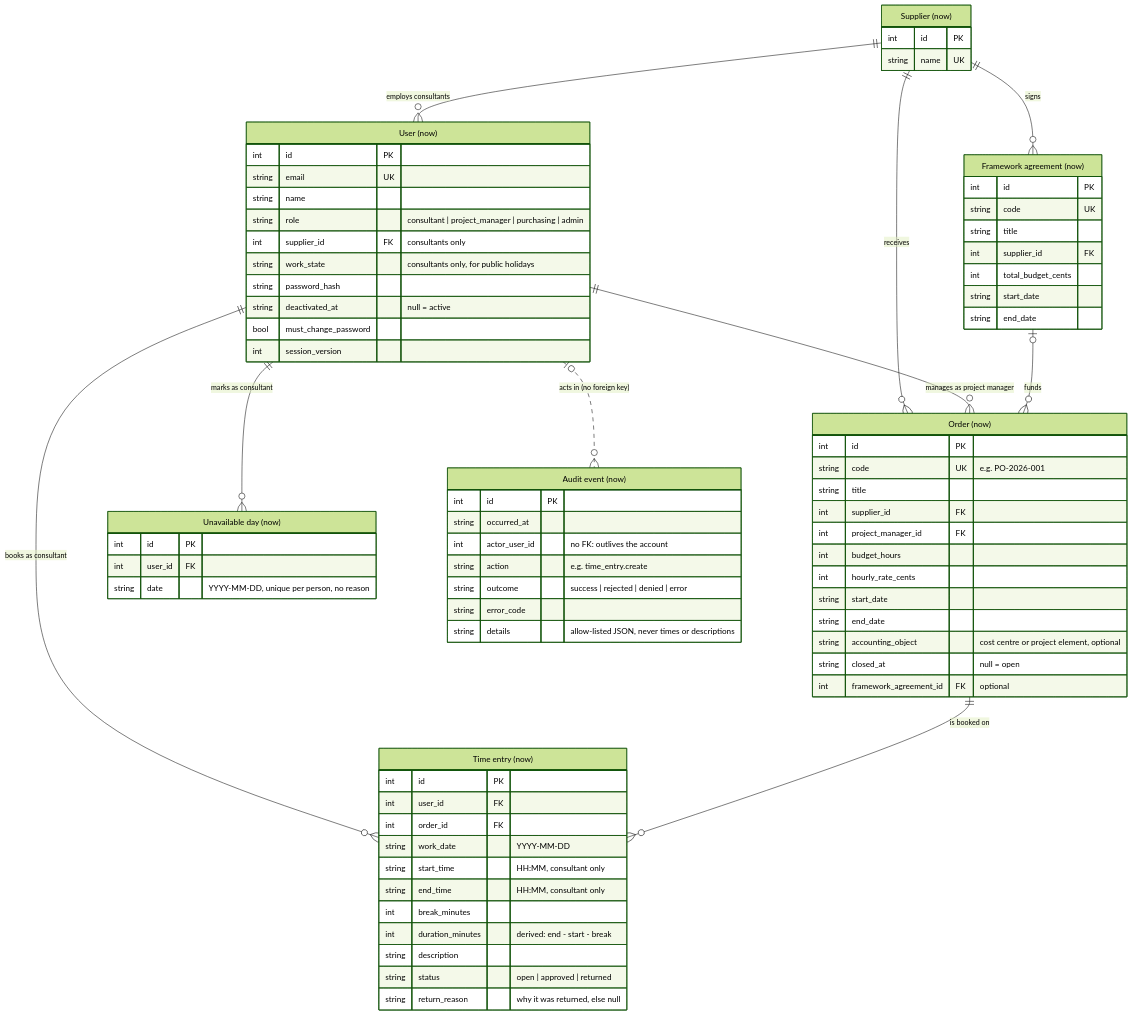
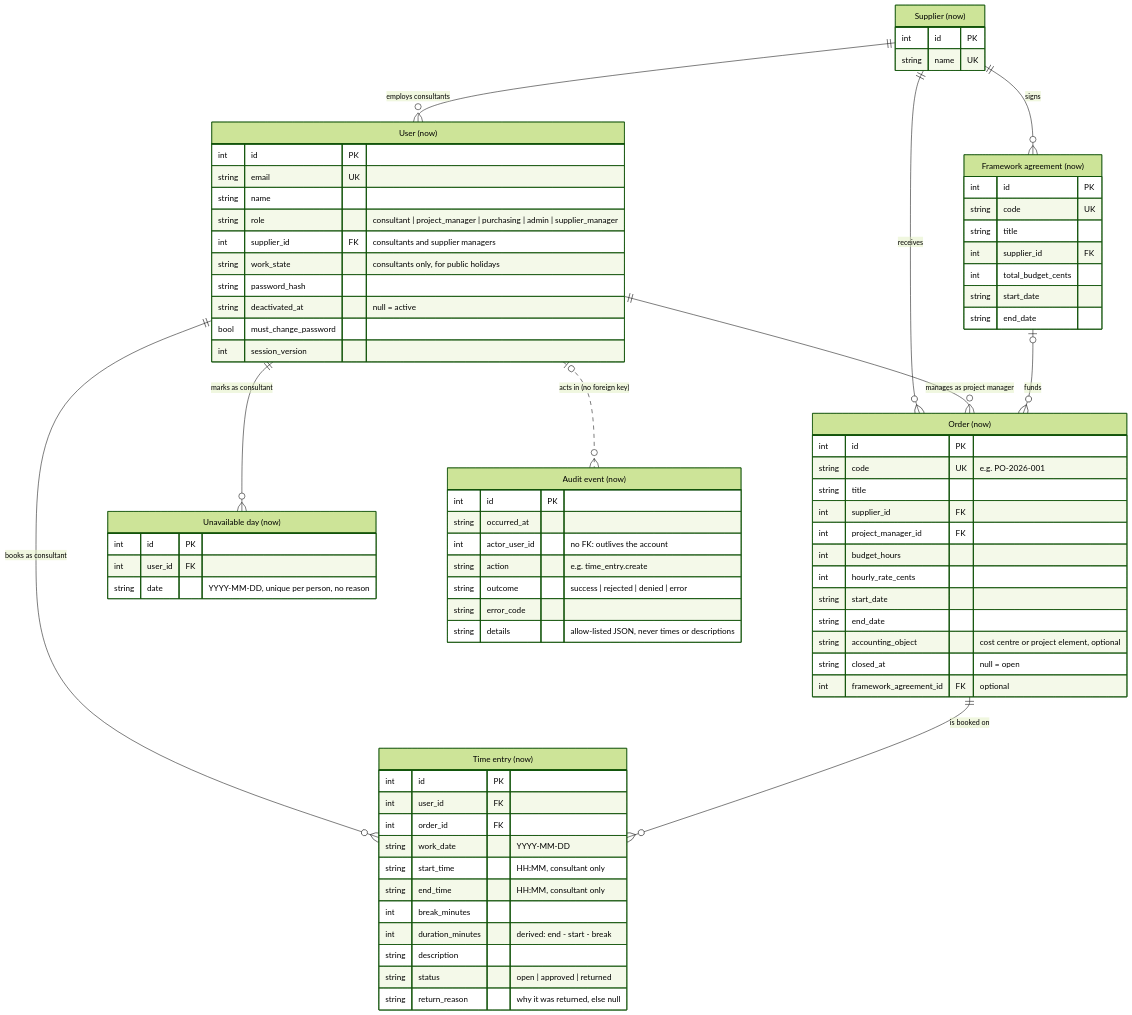
One commit to devjimah/code-six-timebooking changed the diagram in docs/domain.md. Above: the diagram before and after it, drawn with Mermaid (forest theme). The commit also changed other lines of this file and 30 other files, not shown here.

First line of the commit message:
feat: supplier manager role, the employer sees its own consultants with times

````diff
--- a/docs/domain.md
+++ b/docs/domain.md
@@ -35,80 +35,80 @@
 ```mermaid
 erDiagram
     SUPPLIER ||--o{ USER : "employs consultants"
     SUPPLIER ||--o{ ORDER : "receives"
     USER ||--o{ ORDER : "manages as project manager"
     USER ||--o{ TIME_ENTRY : "books as consultant"
     ORDER ||--o{ TIME_ENTRY : "is booked on"
     USER ||--o{ UNAVAILABLE_DAY : "marks as consultant"
     USER |o..o{ AUDIT_EVENT : "acts in (no foreign key)"
 
     SUPPLIER ||--o{ FRAMEWORK_AGREEMENT : "signs"
     FRAMEWORK_AGREEMENT |o--o{ ORDER : "funds"
 
     SUPPLIER["Supplier (now)"] {
         int id PK
         string name UK
     }
     USER["User (now)"] {
         int id PK
         string email UK
         string name
-        string role "consultant | project_manager | purchasing | admin"
-        int supplier_id FK "consultants only"
+        string role "consultant | project_manager | purchasing | admin | supplier_manager"
+        int supplier_id FK "consultants and supplier managers"
         string work_state "consultants only, for public holidays"
         string password_hash
         string deactivated_at "null = active"
         bool must_change_password
         int session_version
     }
     ORDER["Order (now)"] {
         int id PK
         string code UK "e.g. PO-2026-001"
         string title
         int supplier_id FK
         int project_manager_id FK
         int budget_hours
         int hourly_rate_cents
         string start_date
         string end_date
         string accounting_object "cost centre or project element, optional"
         string closed_at "null = open"
         int framework_agreement_id FK "optional"
     }
     TIME_ENTRY["Time entry (now)"] {
         int id PK
         int user_id FK
         int order_id FK
         string work_date "YYYY-MM-DD"
         string start_time "HH:MM, consultant only"
         string end_time "HH:MM, consultant only"
         int break_minutes
         int duration_minutes "derived: end - start - break"
         string description
         string status "open | approved | returned"
         string return_reason "why it was returned, else null"
     }
     UNAVAILABLE_DAY["Unavailable day (now)"] {
         int id PK
         int user_id FK
         string date "YYYY-MM-DD, unique per person, no reason"
     }
     AUDIT_EVENT["Audit event (now)"] {
         int id PK
         string occurred_at
         int actor_user_id "no FK: outlives the account"
         string action "e.g. time_entry.create"
         string outcome "success | rejected | denied | error"
         string error_code
         string details "allow-listed JSON, never times or descriptions"
     }
     FRAMEWORK_AGREEMENT["Framework agreement (now)"] {
         int id PK
         string code UK
         string title
         int supplier_id FK
         int total_budget_cents
         string start_date
         string end_date
     }
 ```
````
